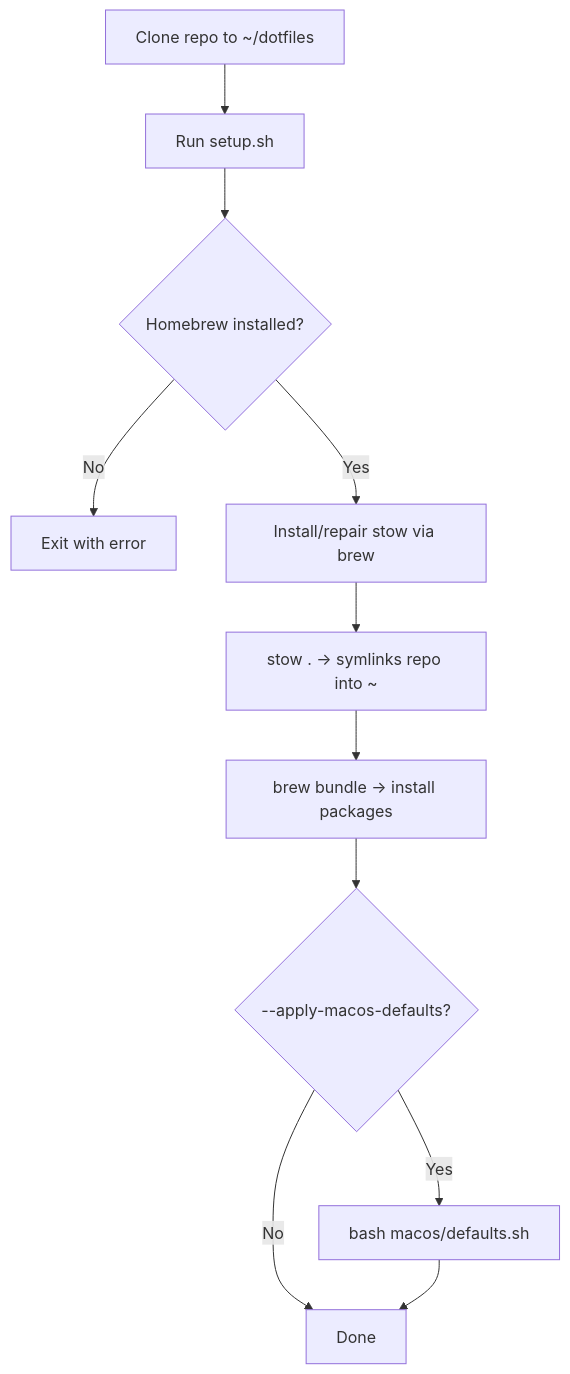
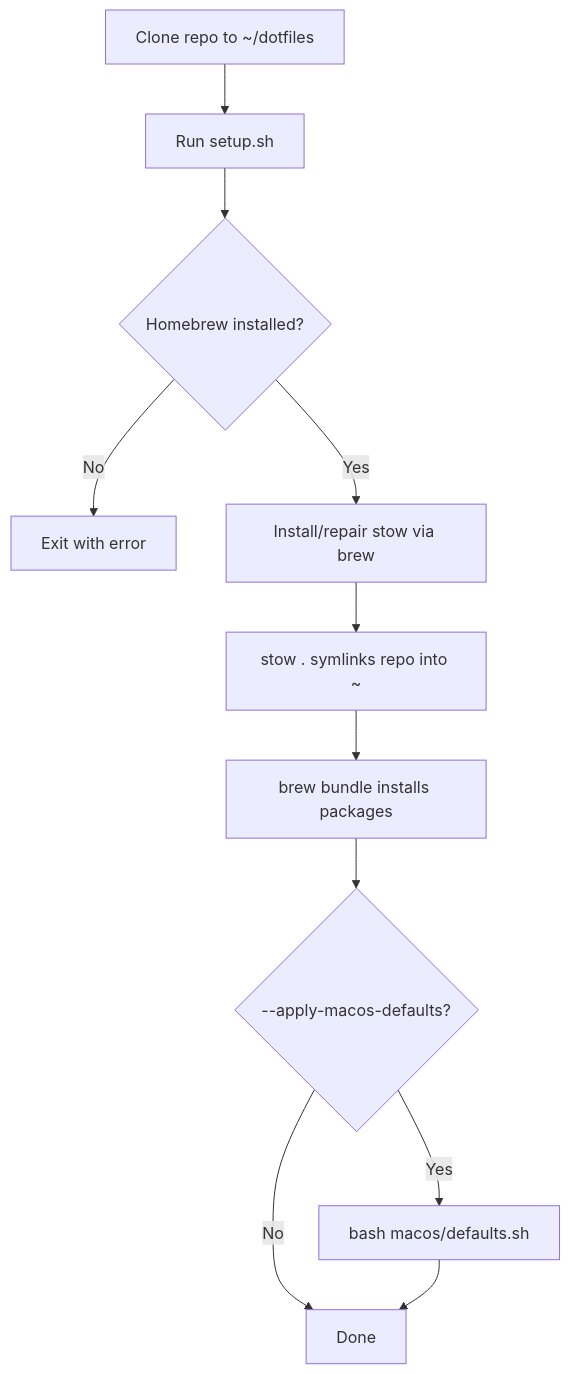
One commit to Harvey-Mackie/dotfiles changed the diagram in README.md. Above: the diagram before and after it, drawn with Mermaid. The commit also changed other lines of this file, not shown here.

Commit message:
docs: fix readme mermaid diagram syntax

````diff
--- a/README.md
+++ b/README.md
@@ -89,13 +89,13 @@
 ```mermaid
 flowchart TD
-    A[Clone repo to ~/dotfiles] --> B[Run setup.sh]
-    B --> C{Homebrew installed?}
-    C -- No --> D[Exit with error]
-    C -- Yes --> E[Install/repair stow via brew]
-    E --> F[stow . → symlinks repo into ~]
-    F --> G[brew bundle → install packages]
-    G --> H{--apply-macos-defaults?}
-    H -- Yes --> I[bash macos/defaults.sh]
-    H -- No --> J[Done]
+    A["Clone repo to ~/dotfiles"] --> B["Run setup.sh"]
+    B --> C{"Homebrew installed?"}
+    C -- No --> D["Exit with error"]
+    C -- Yes --> E["Install/repair stow via brew"]
+    E --> F["stow . symlinks repo into ~"]
+    F --> G["brew bundle installs packages"]
+    G --> H{"--apply-macos-defaults?"}
+    H -- Yes --> I["bash macos/defaults.sh"]
+    H -- No --> J["Done"]
     I --> J
 ```
````
